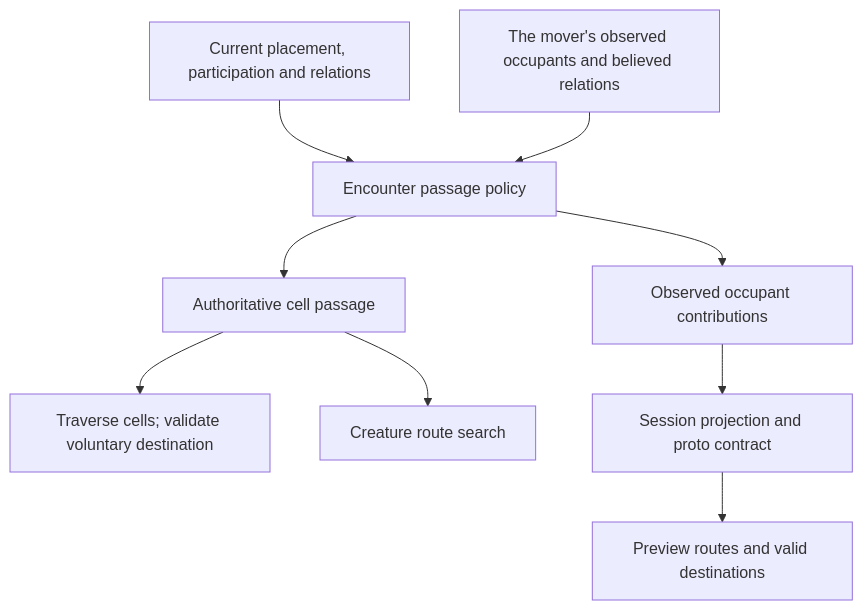
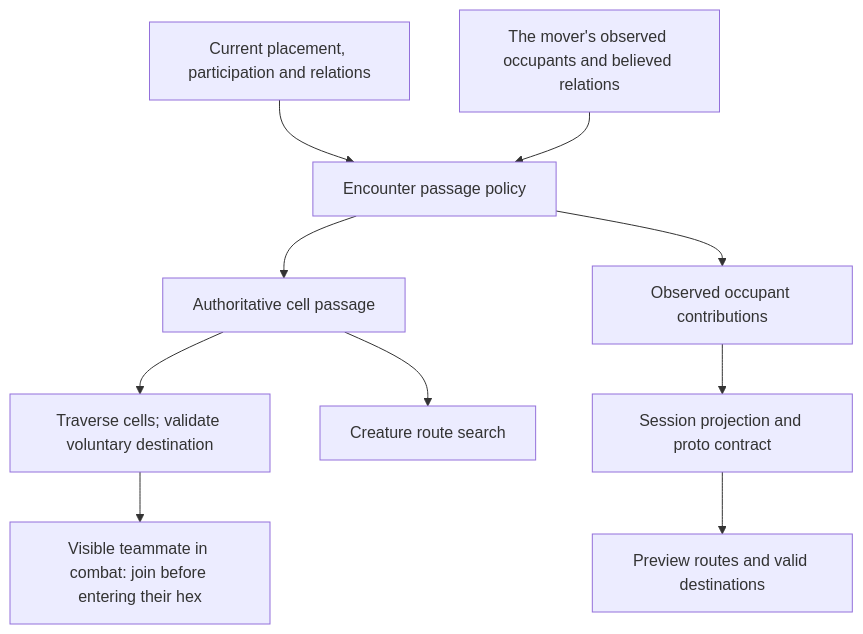
Before and after one commit to KirkDiggler/rpg-project: the diagram in ideas/movement-passage/design.md, drawn with Mermaid. The commit also changed other lines of this file, not shown here.

Commit message:
design: join teammate combat before entering occupied hex

````diff
--- a/ideas/movement-passage/design.md
+++ b/ideas/movement-passage/design.md
@@ -5,11 +5,12 @@
 ```mermaid
 flowchart TD
     Truth[Current placement, participation and relations] --> Rules[Encounter passage policy]
     Known[The mover's observed occupants and believed relations] --> Rules
     Rules --> Actual[Authoritative cell passage]
     Rules --> Preview[Observed occupant contributions]
     Actual --> Walk[Traverse cells; validate voluntary destination]
+    Walk --> Entry[Visible teammate in combat: join before entering their hex]
     Actual --> Routes[Creature route search]
     Preview --> Seam[Session projection and proto contract]
     Seam --> Web[Preview routes and valid destinations]
 ```
````
